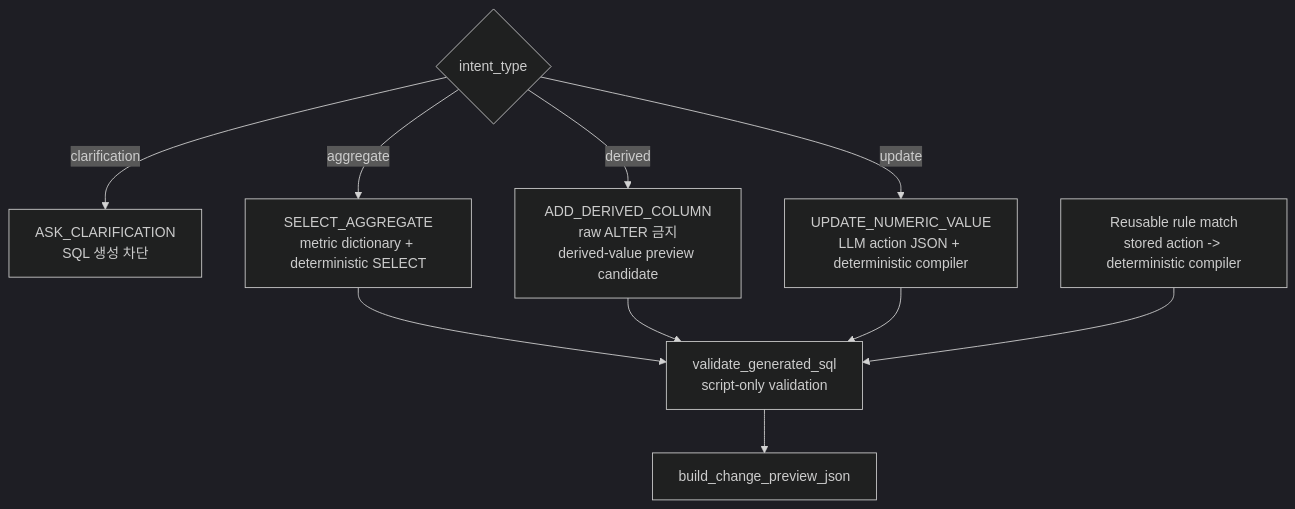
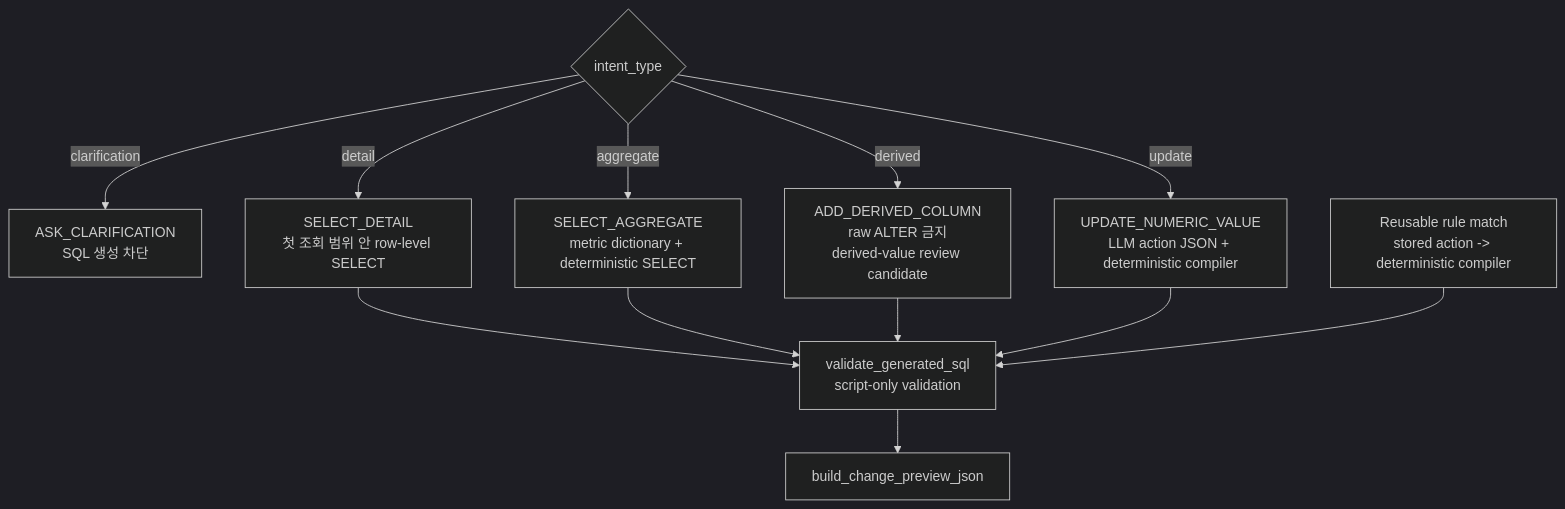
The seventh of 12 diagrams in docs/public/project_structure_and_prompt_design_ko.md (HRDI0/TextToSQL_by_localLLM), drawn with Mermaid (dark theme) before and after one commit. The commit also changed other lines of this file and 25 other files, not shown here.

````diff
--- a/docs/public/project_structure_and_prompt_design_ko.md
+++ b/docs/public/project_structure_and_prompt_design_ko.md
@@ -294,18 +299,20 @@
 ```mermaid
 flowchart TD
     Intent{"intent_type"}
     Clarify["ASK_CLARIFICATION\nSQL 생성 차단"]
+    Detail["SELECT_DETAIL\n첫 조회 범위 안 row-level SELECT"]
     Aggregate["SELECT_AGGREGATE\nmetric dictionary + deterministic SELECT"]
-    Derived["ADD_DERIVED_COLUMN\nraw ALTER 금지\nderived-value preview candidate"]
+    Derived["ADD_DERIVED_COLUMN\nraw ALTER 금지\nderived-value review candidate"]
     Update["UPDATE_NUMERIC_VALUE\nLLM action JSON + deterministic compiler"]
     Rule["Reusable rule match\nstored action -> deterministic compiler"]
     Validate["validate_generated_sql\nscript-only validation"]
     Preview["build_change_preview_json"]
 
     Intent -- "clarification" --> Clarify
+    Intent -- "detail" --> Detail --> Validate
     Intent -- "aggregate" --> Aggregate --> Validate
     Intent -- "derived" --> Derived --> Validate
     Intent -- "update" --> Update --> Validate
     Rule --> Validate
     Validate --> Preview
 ```
````
